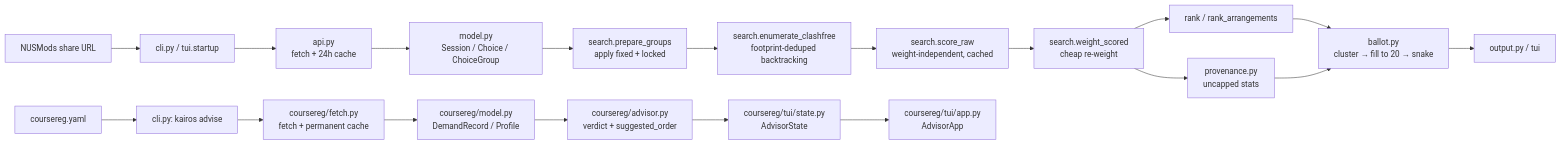
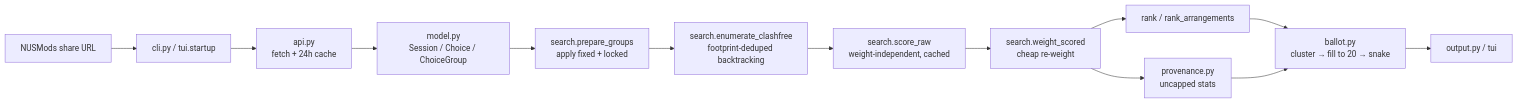
The diagram in docs/architecture.md (dabby9734/kairos), drawn with Mermaid before and after one commit. The commit also changed other lines of this file and 23 other files, not shown here.

First line of the commit message:
feat!: remove the CourseReg advisor (kairos advise) entirely

````diff
--- a/docs/architecture.md
+++ b/docs/architecture.md
@@ -51,22 +38,15 @@
 ```mermaid
 flowchart LR
     URL[NUSMods share URL] --> CLI[cli.py / tui.startup]
     CLI --> API[api.py<br/>fetch + 24h cache]
     API --> MODEL[model.py<br/>Session / Choice / ChoiceGroup]
     MODEL --> PREP[search.prepare_groups<br/>apply fixed + locked]
     PREP --> ENUM[search.enumerate_clashfree<br/>footprint-deduped backtracking]
     ENUM --> RAW[search.score_raw<br/>weight-independent, cached]
     RAW --> W[search.weight_scored<br/>cheap re-weight]
     W --> RANK[rank / rank_arrangements]
     W --> PROV[provenance.py<br/>uncapped stats]
     RANK --> BALLOT[ballot.py<br/>cluster → fill to 20 → snake]
     PROV --> BALLOT
     BALLOT --> OUT[output.py / tui]
-
-    YAML[coursereg.yaml] --> CRCLI[cli.py: kairos advise]
-    CRCLI --> FETCH[coursereg/fetch.py<br/>fetch + permanent cache]
-    FETCH --> CRMODEL[coursereg/model.py<br/>DemandRecord / Profile]
-    CRMODEL --> ADV[coursereg/advisor.py<br/>verdict + suggested_order]
-    ADV --> CRSTATE[coursereg/tui/state.py<br/>AdvisorState]
-    CRSTATE --> CRAPP[coursereg/tui/app.py<br/>AdvisorApp]
 ```
````
